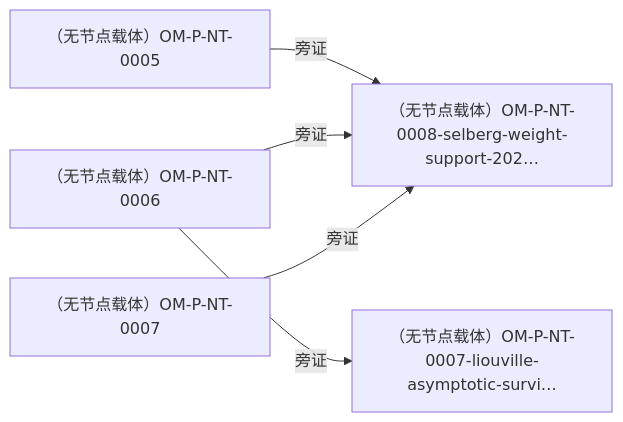
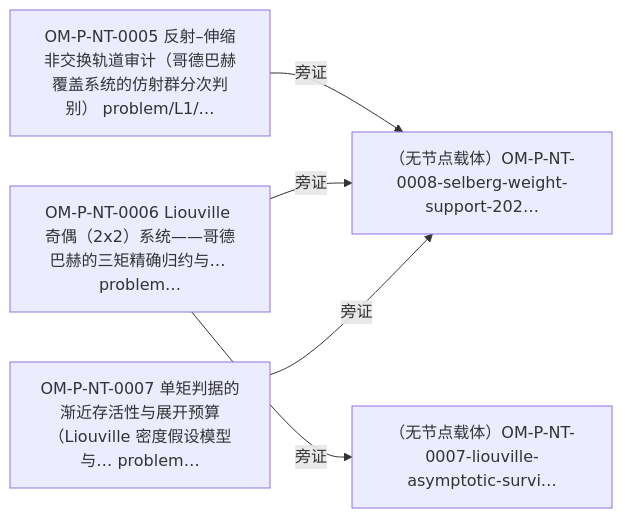
One commit to aikjx/openmath changed the fifth of 5 diagrams in 10-文献与索引/四层总览.md. Above: the diagram before and after it, drawn with Mermaid. The commit also changed other lines of this file and 29 other files, not shown here.

````diff
--- a/10-文献与索引/四层总览.md
+++ b/10-文献与索引/四层总览.md
@@ -1010,12 +1069,12 @@
 ```mermaid
 flowchart LR
-  n1["（无节点载体）OM-P-NT-0005"]
+  n1["OM-P-NT-0005 反射–伸缩非交换轨道审计（哥德巴赫覆盖系统的仿射群分次判别） problem/L1/…"]
   n2["（无节点载体）OM-P-NT-0008-selberg-weight-support-202…"]
   n1 -->|旁证| n2
-  n3["（无节点载体）OM-P-NT-0006"]
+  n3["OM-P-NT-0006 Liouville 奇偶（2x2）系统——哥德巴赫的三矩精确归约与… problem…"]
   n4["（无节点载体）OM-P-NT-0007-liouville-asymptotic-survi…"]
   n3 -->|旁证| n4
   n3 -->|旁证| n2
-  n5["（无节点载体）OM-P-NT-0007"]
+  n5["OM-P-NT-0007 单矩判据的渐近存活性与展开预算（Liouville 密度假设模型与… problem…"]
   n5 -->|旁证| n2
 ```
````
